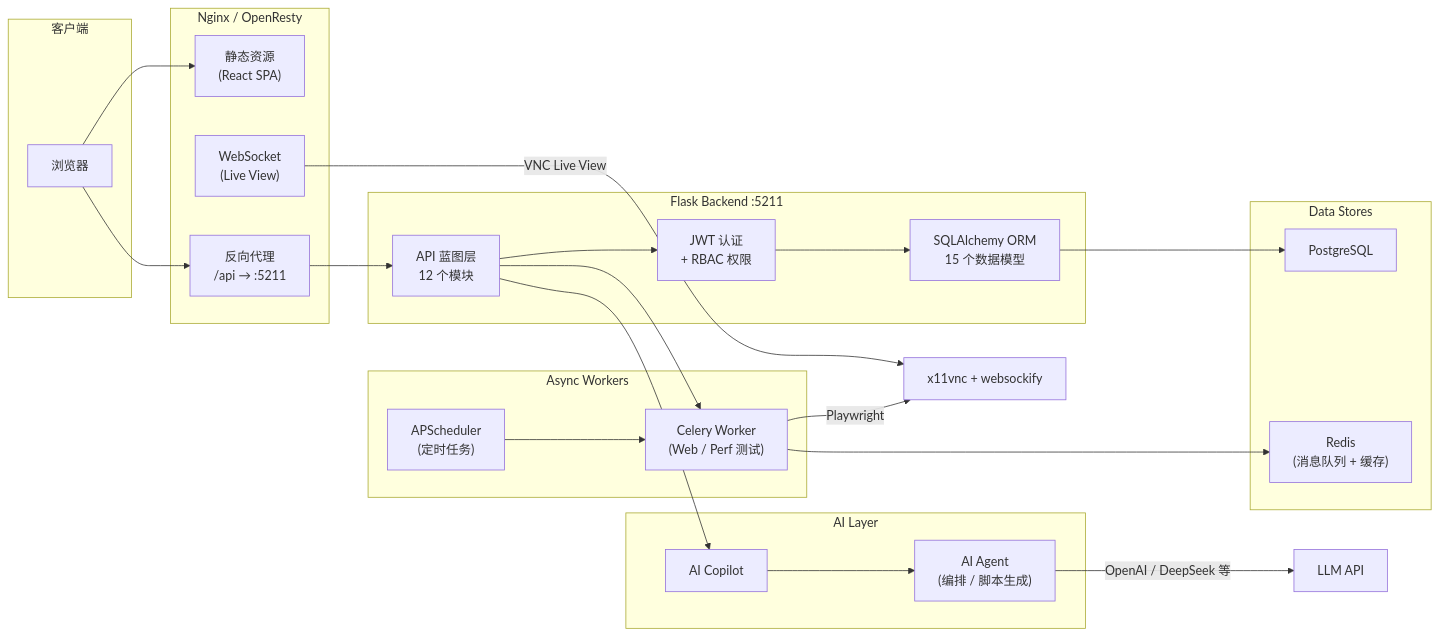
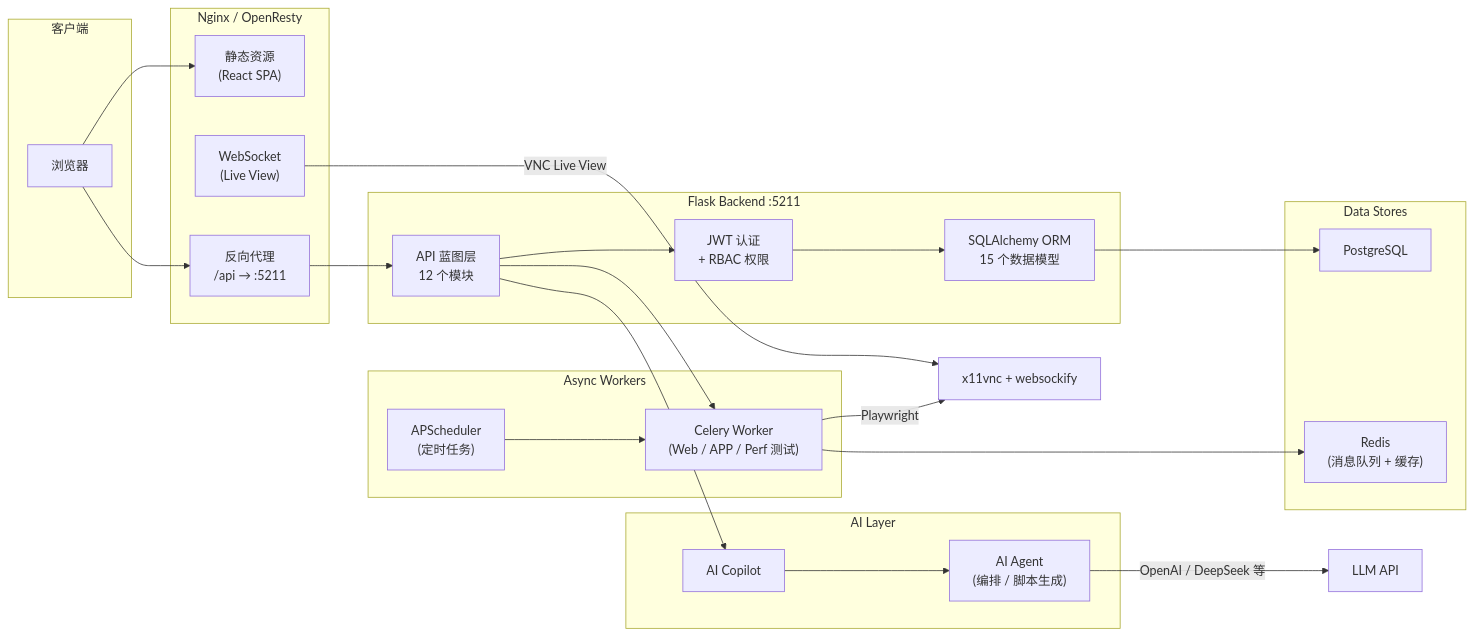
Before and after one commit to 05Huang/FullScopeTest: the first of 9 diagrams in README.md, drawn with Mermaid. The commit also changed other lines of this file, not shown here.

First line of the commit message:
docs: 补充 APP 测试、报告中心、环境管理等特性介绍

````diff
--- a/README.md
+++ b/README.md
@@ -135,48 +161,48 @@
 ```mermaid
 graph LR
     subgraph 客户端
         Browser["浏览器"]
     end
 
     subgraph Nginx / OpenResty
         Static["静态资源<br/>(React SPA)"]
         Proxy["反向代理<br/>/api → :5211"]
         WS["WebSocket<br/>(Live View)"]
     end
 
     subgraph Flask Backend :5211
         API["API 蓝图层<br/>12 个模块"]
         Auth["JWT 认证<br/>+ RBAC 权限"]
         ORM["SQLAlchemy ORM<br/>15 个数据模型"]
     end
 
     subgraph Async Workers
-        Celery["Celery Worker<br/>(Web / Perf 测试)"]
+        Celery["Celery Worker<br/>(Web / APP / Perf 测试)"]
         Scheduler["APScheduler<br/>(定时任务)"]
     end
 
     subgraph AI Layer
         Copilot["AI Copilot"]
         Agent["AI Agent<br/>(编排 / 脚本生成)"]
     end
 
     subgraph Data Stores
         PG["PostgreSQL"]
         Redis["Redis<br/>(消息队列 + 缓存)"]
     end
 
     Browser --> Static
     Browser --> Proxy
     Proxy --> API
     API --> Auth
     Auth --> ORM
     ORM --> PG
     API --> Celery
     Celery --> Redis
     Scheduler --> Celery
     API --> Copilot
     Copilot --> Agent
     Agent -->|OpenAI / DeepSeek 等| LLM["LLM API"]
     WS -->|VNC Live View| VNC["x11vnc + websockify"]
     Celery -->|Playwright| VNC
 ```
````
